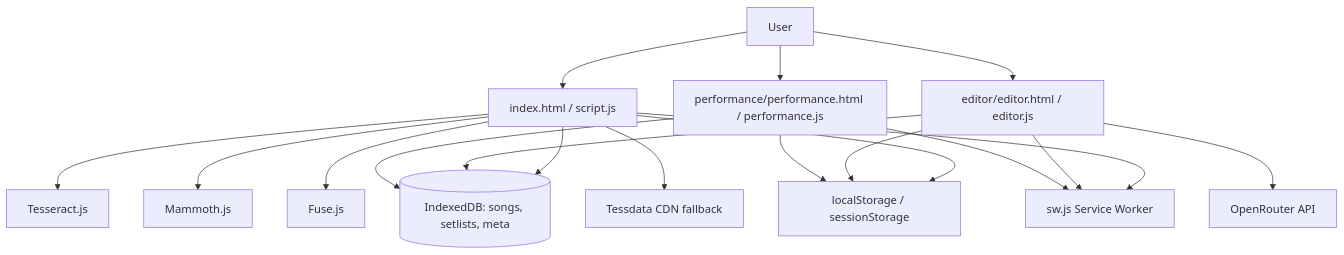
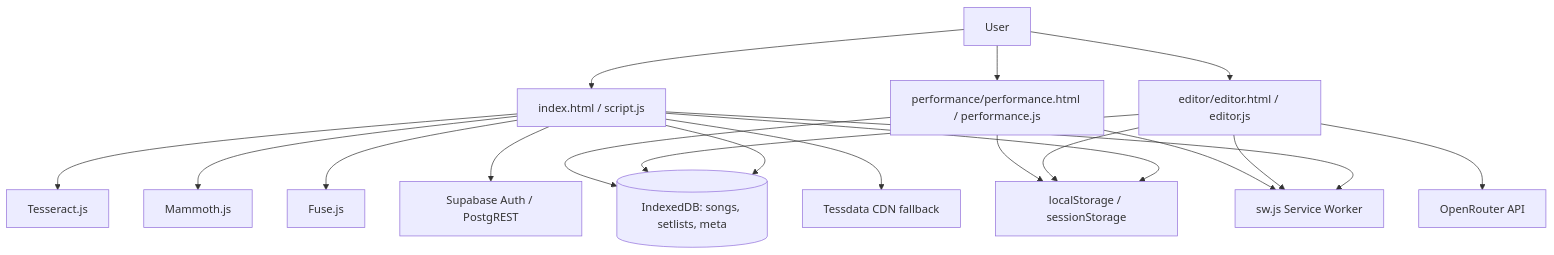
One commit to dustinbroussard/SongBinderSync changed the first of 3 diagrams in README.md. Above: the diagram before and after it, drawn with Mermaid. The commit also changed other lines of this file, not shown here.

````diff
--- a/README.md
+++ b/README.md
@@ -39,24 +45,25 @@
 ```mermaid
 flowchart TD
     User[User] --> Main[index.html / script.js]
     User --> Editor[editor/editor.html / editor.js]
     User --> Perf[performance/performance.html / performance.js]
 
     Main --> IDB[(IndexedDB: songs, setlists, meta)]
     Editor --> IDB
     Perf --> IDB
 
     Main --> LS[localStorage / sessionStorage]
     Editor --> LS
     Perf --> LS
 
     Main --> SW[sw.js Service Worker]
     Editor --> SW
     Perf --> SW
 
     Main --> OCR[Tesseract.js]
     Main --> DOCX[Mammoth.js]
     Main --> Search[Fuse.js]
+    Main --> Supabase[Supabase Auth / PostgREST]
     Editor --> OpenRouter[OpenRouter API]
     Main --> CDN[Tessdata CDN fallback]
 ```
````
